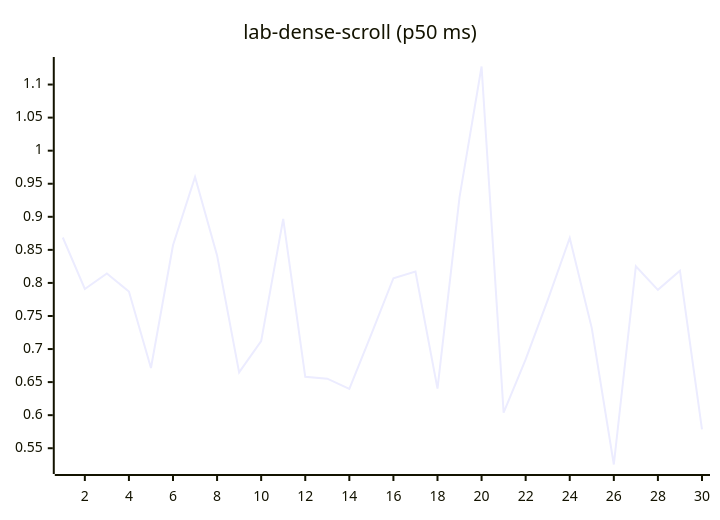
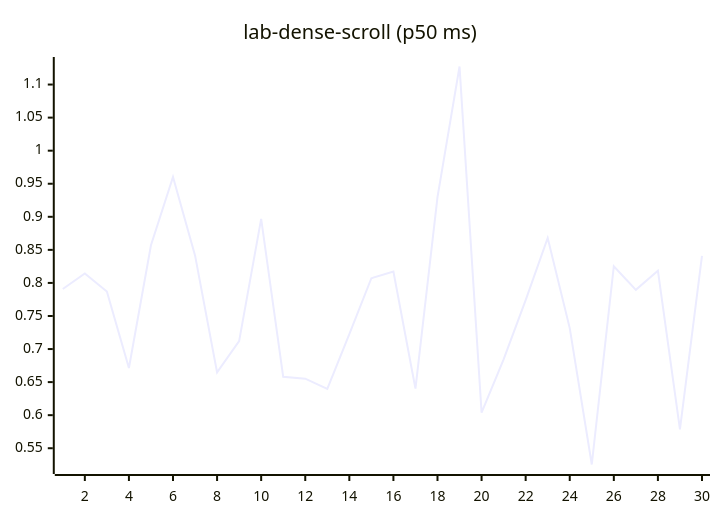
Diagram 12 of 27 in README.md (josha/Facet), drawn with Mermaid before and after one commit. The commit also changed other lines of this file and 2 other files, not shown here.

````diff
--- a/README.md
+++ b/README.md
@@ -140,6 +140,6 @@
 ```mermaid
 xychart-beta
     title "lab-dense-scroll (p50 ms)"
     x-axis 1 --> 30
-    line [0.8687, 0.7908, 0.8143, 0.7869, 0.6713, 0.8570, 0.9604, 0.8416, 0.6647, 0.7120, 0.8968, 0.6580, 0.6552, 0.6397, 0.7226, 0.8071, 0.8171, 0.6401, 0.9297, 1.1273, 0.6038, 0.6843, 0.7739, 0.8680, 0.7317, 0.5254, 0.8252, 0.7895, 0.8186, 0.5785]
+    line [0.7908, 0.8143, 0.7869, 0.6713, 0.8570, 0.9604, 0.8416, 0.6647, 0.7120, 0.8968, 0.6580, 0.6552, 0.6397, 0.7226, 0.8071, 0.8171, 0.6401, 0.9297, 1.1273, 0.6038, 0.6843, 0.7739, 0.8680, 0.7317, 0.5254, 0.8252, 0.7895, 0.8186, 0.5785, 0.8409]
 ```
````
